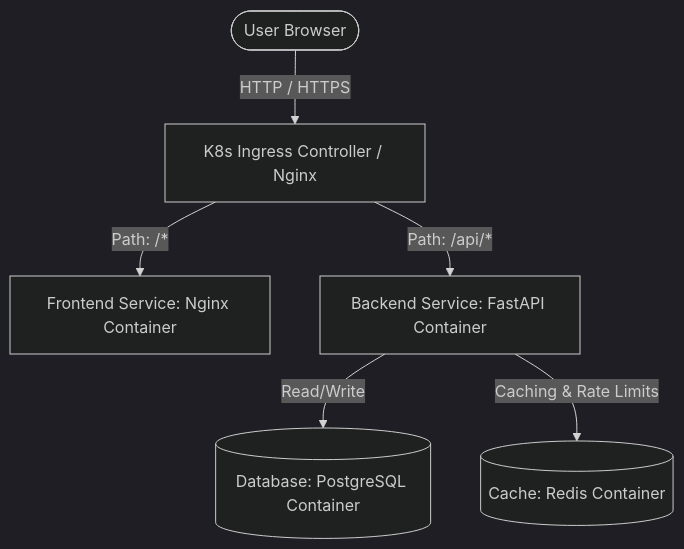
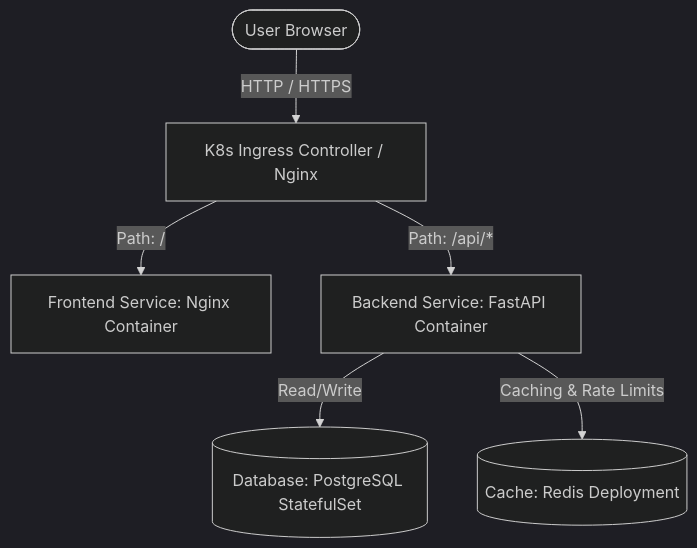
Before and after one commit to Hritikraj8804/ottoke: the diagram in README.md, drawn with Mermaid (dark theme). The commit also changed other lines of this file and 1 other file, not shown here.

````diff
--- a/README.md
+++ b/README.md
@@ -11,10 +28,10 @@
 ```mermaid
 graph TD
     User([User Browser]) -->|HTTP / HTTPS| Ingress[K8s Ingress Controller / Nginx]
     
-    Ingress -->|Path: /*| Frontend[Frontend Service: Nginx Container]
+    Ingress -->|Path: /| Frontend[Frontend Service: Nginx Container]
     Ingress -->|Path: /api/*| Backend[Backend Service: FastAPI Container]
     
-    Backend -->|Read/Write| Postgres[(Database: PostgreSQL Container)]
-    Backend -->|Caching & Rate Limits| Redis[(Cache: Redis Container)]
+    Backend -->|Read/Write| Postgres[(Database: PostgreSQL StatefulSet)]
+    Backend -->|Caching & Rate Limits| Redis[(Cache: Redis Deployment)]
 ```
````
